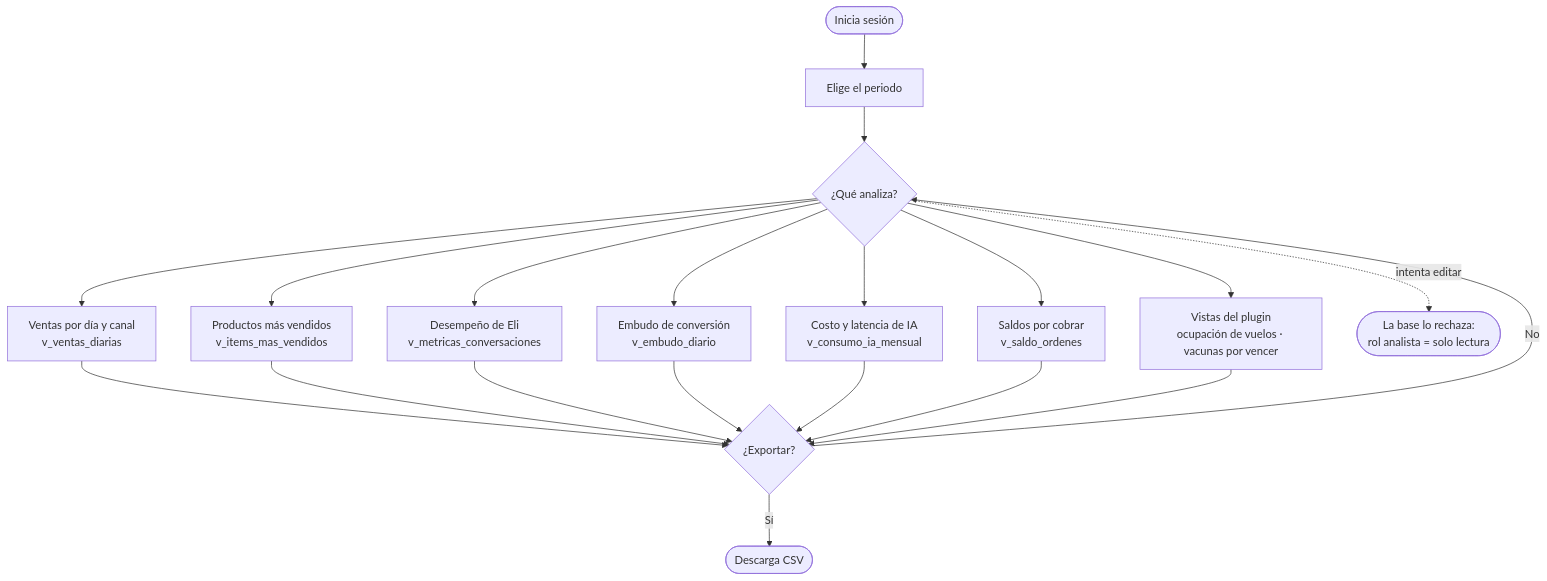
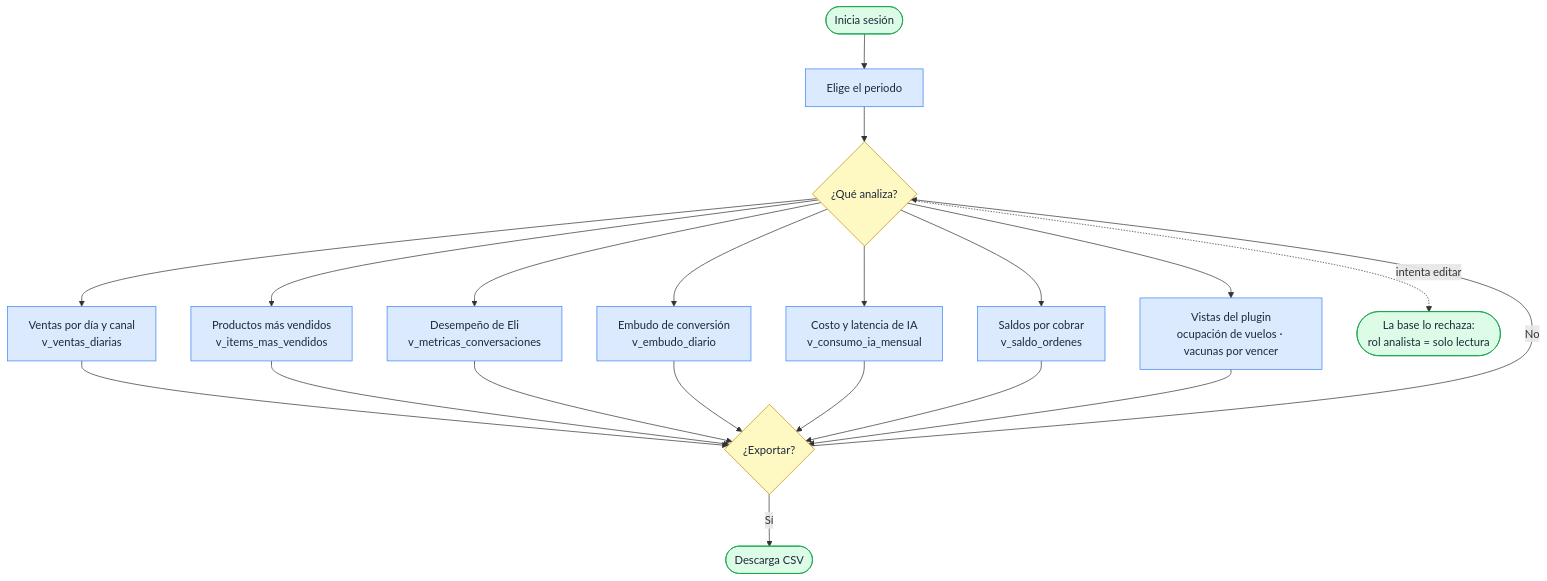
One commit to svzapatac/Elius changed the diagram in docs/03_flujos_usuario/04_panel_analista.md. Above: the diagram before and after it, drawn with Mermaid. The commit also changed 46 other files, not shown here.

````diff
--- a/docs/03_flujos_usuario/04_panel_analista.md
+++ b/docs/03_flujos_usuario/04_panel_analista.md
@@ -3,22 +3,27 @@
 ```mermaid
 flowchart TD
   A([Inicia sesión]) --> B[Elige el periodo]
   B --> C{¿Qué analiza?}
   C --> D[Ventas por día y canal<br/>v_ventas_diarias]
   C --> E[Productos más vendidos<br/>v_items_mas_vendidos]
   C --> F[Desempeño de Eli<br/>v_metricas_conversaciones]
   C --> G[Embudo de conversión<br/>v_embudo_diario]
   C --> H[Costo y latencia de IA<br/>v_consumo_ia_mensual]
   C --> I[Saldos por cobrar<br/>v_saldo_ordenes]
   C --> J[Vistas del plugin<br/>ocupación de vuelos · vacunas por vencer]
   D --> K{¿Exportar?}
   E --> K
   F --> K
   G --> K
   H --> K
   I --> K
   J --> K
   K -- Sí --> L([Descarga CSV])
   K -- No --> C
   C -.->|"intenta editar"| M([La base lo rechaza:<br/>rol analista = solo lectura])
+  classDef default fill:#dbeafe,stroke:#3b82f6,color:#1e293b
+  classDef dec fill:#fef9c3,stroke:#ca8a04,color:#1e293b
+  classDef ok fill:#dcfce7,stroke:#16a34a,color:#1e293b
+  class C,K dec
+  class A,L,M ok
 ```
````
